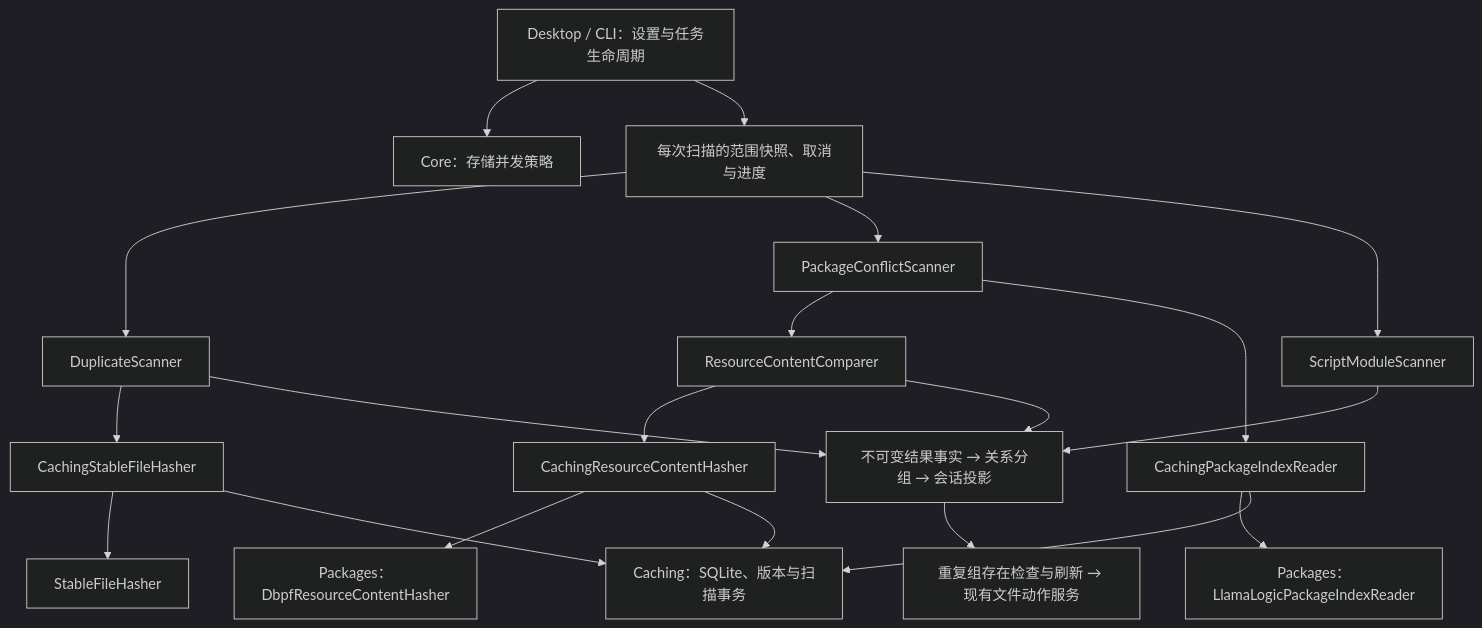
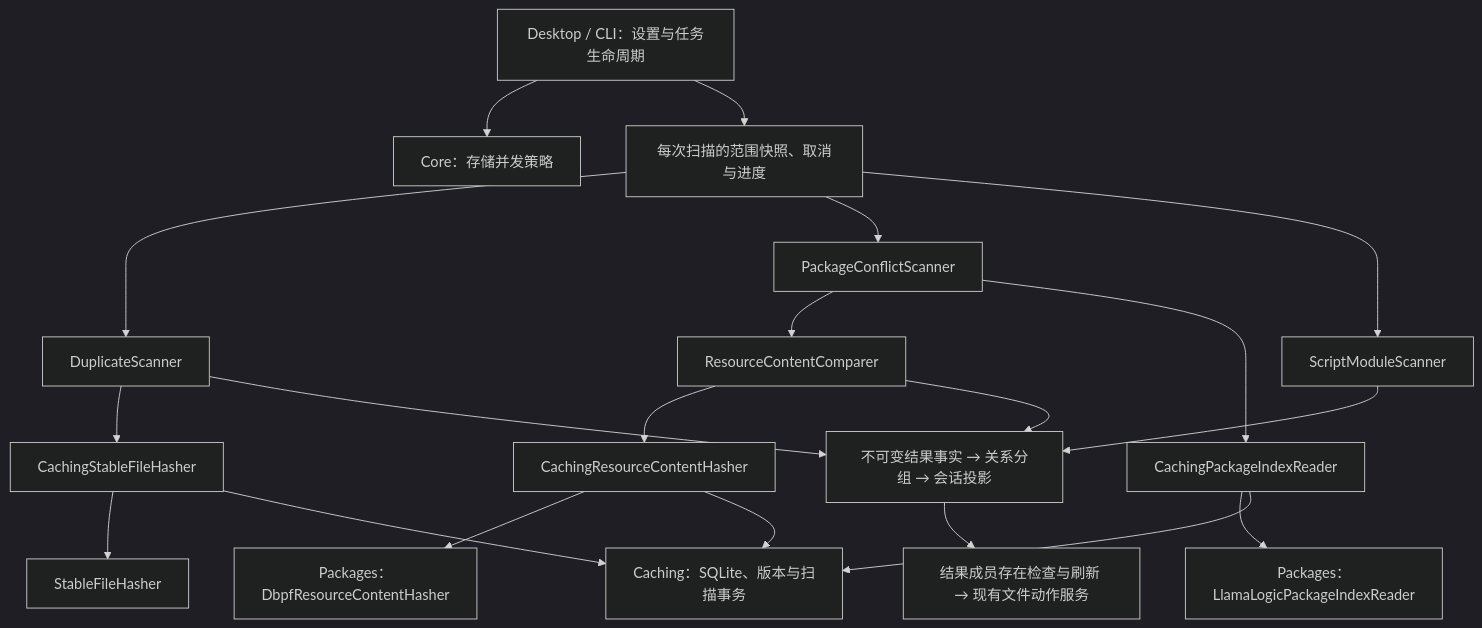
Before and after one commit to stella-wood/Sims4ModSieve: the diagram in docs/architecture/性能优化与缓存架构.md, drawn with Mermaid (dark theme). The commit also changed other lines of this file and 17 other files, not shown here.

````diff
--- a/docs/architecture/性能优化与缓存架构.md
+++ b/docs/architecture/性能优化与缓存架构.md
@@ -44,22 +44,22 @@
 ```mermaid
 flowchart TD
     H["Desktop / CLI：设置与任务生命周期"] --> P["Core：存储并发策略"]
     H --> S["每次扫描的范围快照、取消与进度"]
     S --> D["DuplicateScanner"]
     S --> I["PackageConflictScanner"]
     S --> T["ScriptModuleScanner"]
     I --> R["ResourceContentComparer"]
     D --> CH["CachingStableFileHasher"]
     I --> CI["CachingPackageIndexReader"]
     R --> CR["CachingResourceContentHasher"]
     CH --> FH["StableFileHasher"]
     CI --> IR["Packages：LlamaLogicPackageIndexReader"]
     CR --> RH["Packages：DbpfResourceContentHasher"]
     CH --> DB["Caching：SQLite、版本与扫描事务"]
     CI --> DB
     CR --> DB
     D --> E["不可变结果事实 → 关系分组 → 会话投影"]
     R --> E
     T --> E
-    E --> A["重复组存在检查与刷新 → 现有文件动作服务"]
+    E --> A["结果成员存在检查与刷新 → 现有文件动作服务"]
 ```
````
